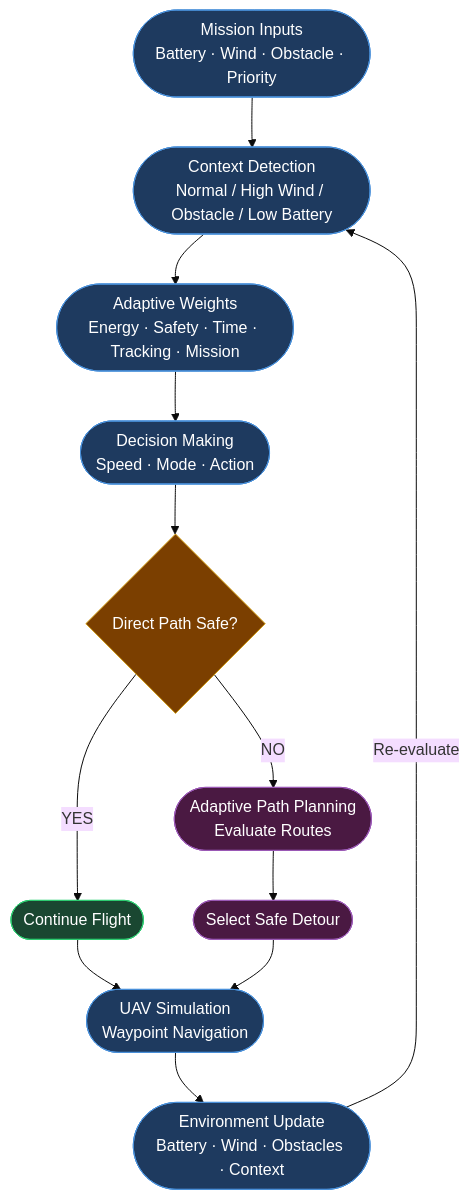
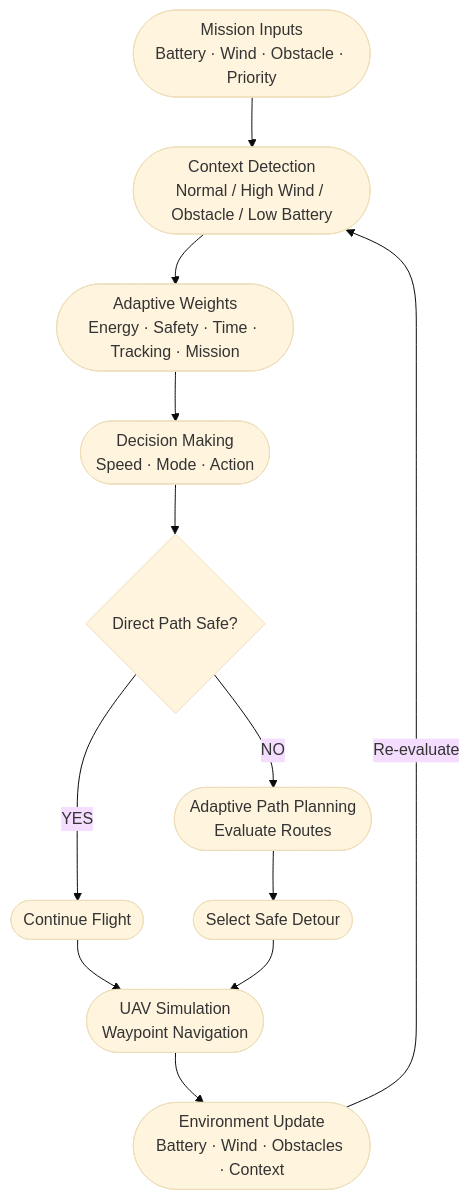
Before and after one commit to varunnn888/Drones_S5_CD11_Adaptive_Context_Aware_Decision: the diagram in README.md, drawn with Mermaid (base theme).

````diff
--- a/README.md
+++ b/README.md
@@ -52,32 +52,21 @@
 ```mermaid
 flowchart TD
     A([Mission Inputs\nBattery · Wind · Obstacle · Priority])
     B([Context Detection\nNormal / High Wind / Obstacle / Low Battery])
     C([Adaptive Weights\nEnergy · Safety · Time · Tracking · Mission])
     D([Decision Making\nSpeed · Mode · Action])
     E{Direct Path Safe?}
     F([Continue Flight])
     G([Adaptive Path Planning\nEvaluate Routes])
     H([Select Safe Detour])
     I([UAV Simulation\nWaypoint Navigation])
     J([Environment Update\nBattery · Wind · Obstacles · Context])
 
     A --> B --> C --> D --> E
     E -- YES --> F
     E -- NO --> G --> H
     F --> I
     H --> I
     I --> J
     J -->|Re-evaluate| B
-
-    style A fill:#1e3a5f,stroke:#4a90d9,color:#fff
-    style B fill:#1e3a5f,stroke:#4a90d9,color:#fff
-    style C fill:#1e3a5f,stroke:#4a90d9,color:#fff
-    style D fill:#1e3a5f,stroke:#4a90d9,color:#fff
-    style E fill:#7b3f00,stroke:#d4a017,color:#fff
-    style F fill:#1a4731,stroke:#2ecc71,color:#fff
-    style G fill:#4a1942,stroke:#9b59b6,color:#fff
-    style H fill:#4a1942,stroke:#9b59b6,color:#fff
-    style I fill:#1e3a5f,stroke:#4a90d9,color:#fff
-    style J fill:#1e3a5f,stroke:#4a90d9,color:#fff
 ```
````
